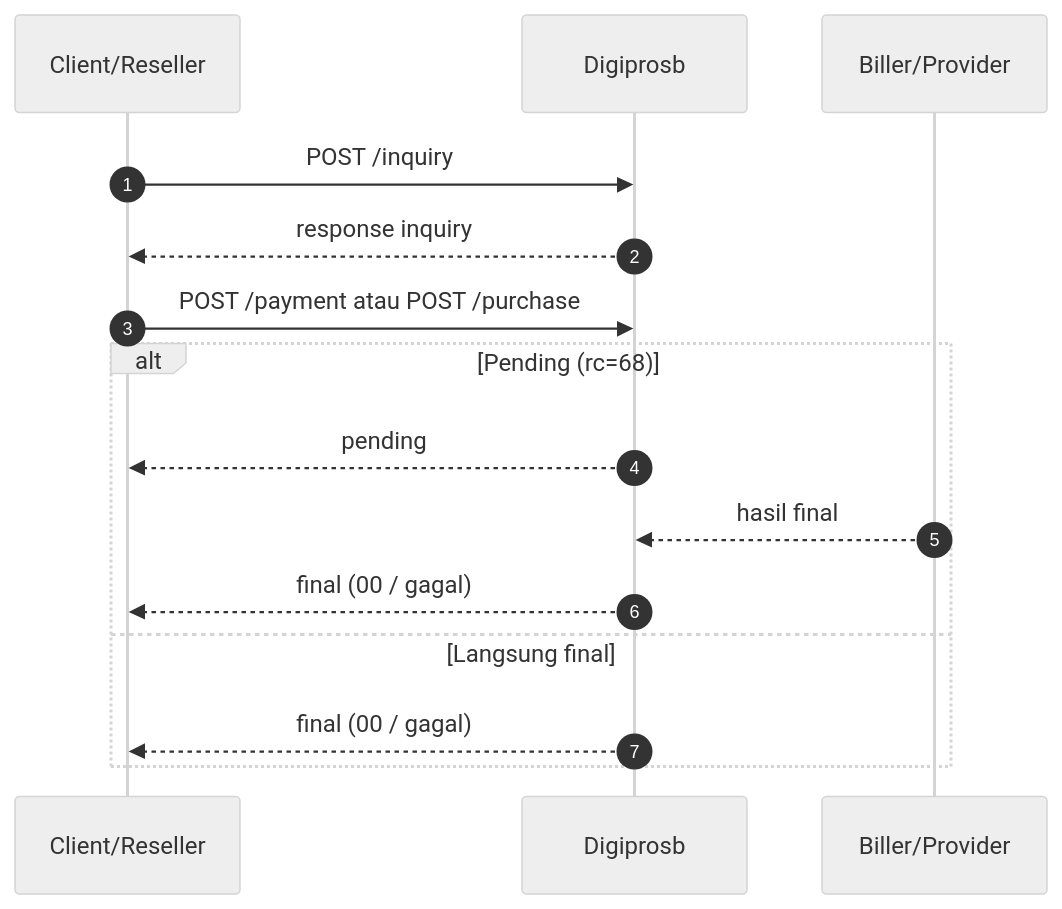
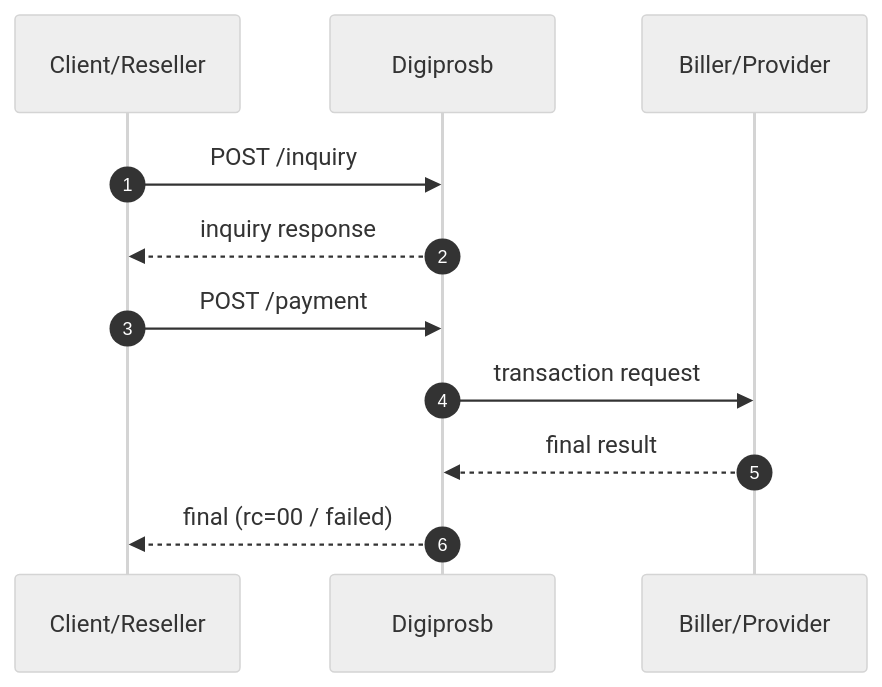
One commit to digiprosb/digiprosb-api-documentation changed the second of 2 diagrams in doc/02-persiapan-integrasi.en.md. Above: the diagram before and after it, drawn with Mermaid (neutral theme). The commit also changed other lines of this file and 4 other files, not shown here.

````diff
--- a/doc/02-persiapan-integrasi.en.md
+++ b/doc/02-persiapan-integrasi.en.md
@@ -90,18 +90,14 @@
 ```mermaid
 sequenceDiagram
   autonumber
   participant Client as Client/Reseller
   participant Digiprosb as Digiprosb
   participant Biller as Biller/Provider
 
   Client->>Digiprosb: POST /inquiry
-  Digiprosb-->>Client: response inquiry
-  Client->>Digiprosb: POST /payment atau POST /purchase
-  alt Pending (rc=68)
-    Digiprosb-->>Client: pending
-    Biller-->>Digiprosb: hasil final
-    Digiprosb-->>Client: final (00 / gagal)
-  else Langsung final
-    Digiprosb-->>Client: final (00 / gagal)
-  end
+  Digiprosb-->>Client: inquiry response
+  Client->>Digiprosb: POST /payment
+  Digiprosb->>Biller: transaction request
+  Biller-->>Digiprosb: final result
+  Digiprosb-->>Client: final (rc=00 / failed)
 ```
````
